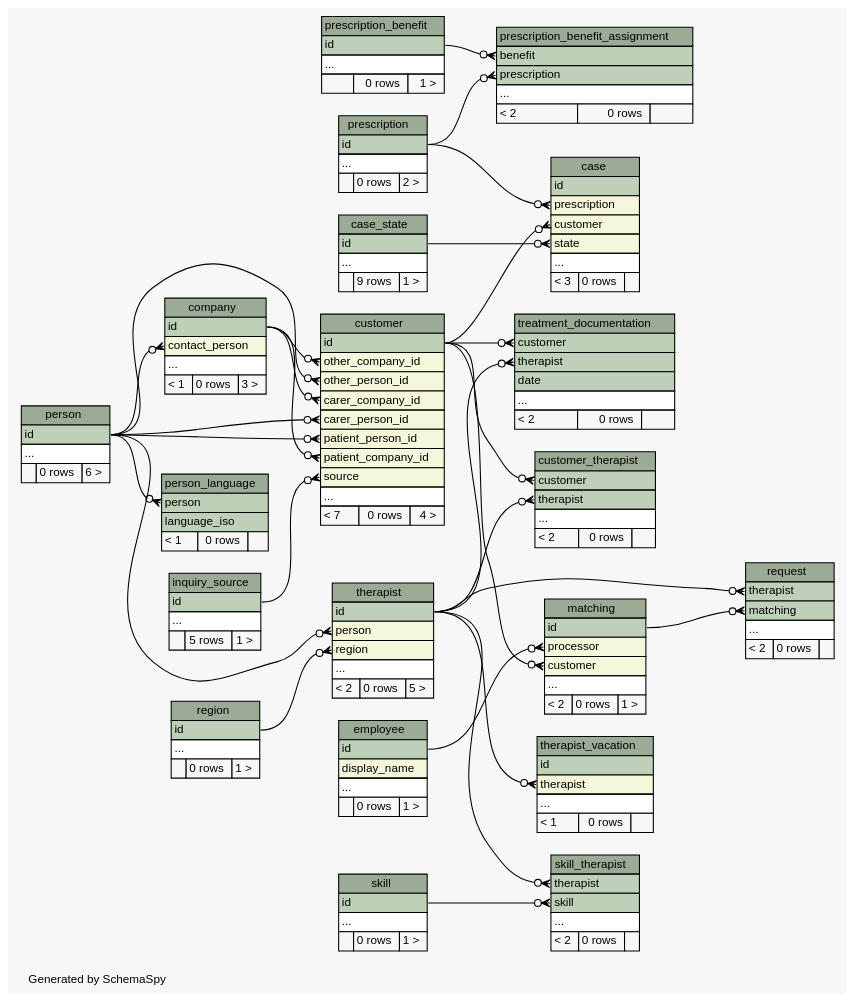
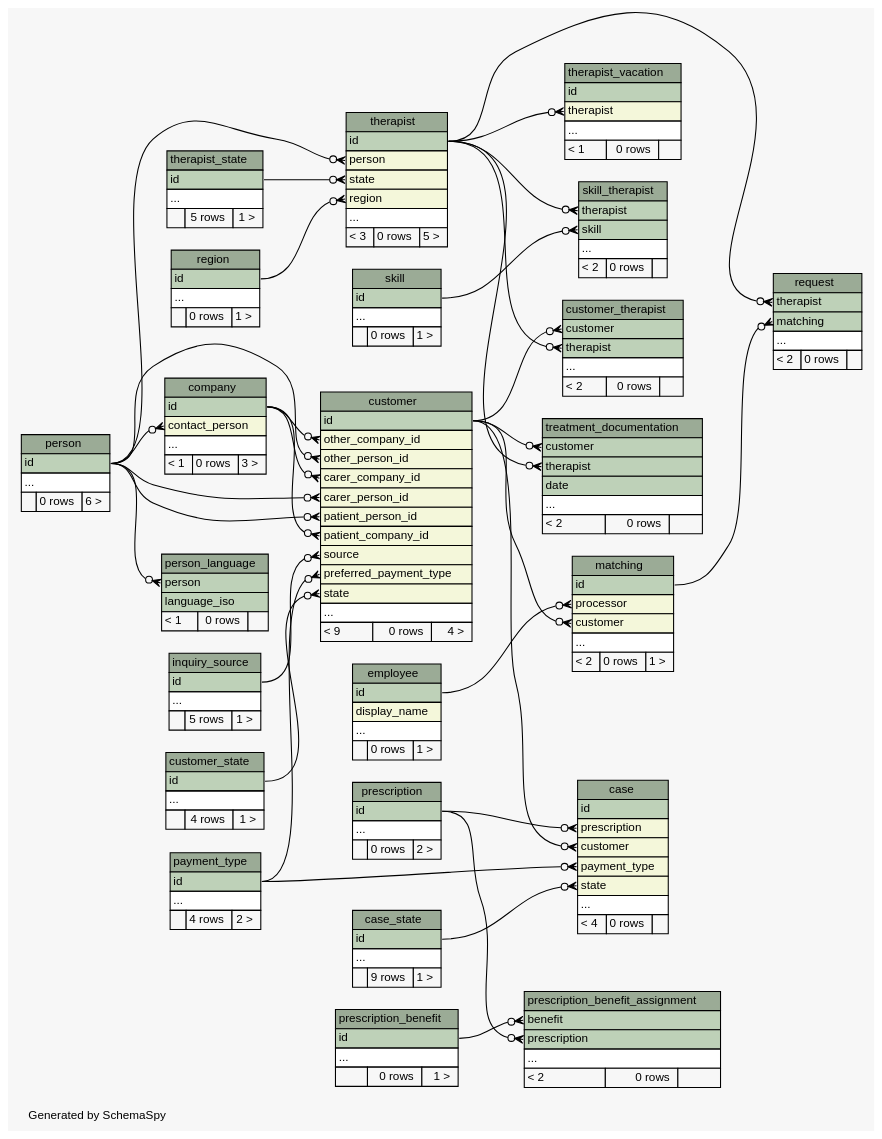
The diagram in diagrams/summary/relationships.real.compact.dot (KaiBMP/KaiBMP.github.io), drawn with Graphviz before and after one commit. The commit also changed 122 other files, not shown here.

Commit message:
schemaspy update

```diff
--- a/diagrams/summary/relationships.real.compact.dot
+++ b/diagrams/summary/relationships.real.compact.dot
@@ -26,9 +26,10 @@
       <TR><TD PORT="id" COLSPAN="3" BGCOLOR="#bed1b8" ALIGN="LEFT">id</TD></TR>
       <TR><TD PORT="prescription" COLSPAN="3" BGCOLOR="#f4f7da" ALIGN="LEFT">prescription</TD></TR>
       <TR><TD PORT="customer" COLSPAN="3" BGCOLOR="#f4f7da" ALIGN="LEFT">customer</TD></TR>
+      <TR><TD PORT="payment_type" COLSPAN="3" BGCOLOR="#f4f7da" ALIGN="LEFT">payment_type</TD></TR>
       <TR><TD PORT="state" COLSPAN="3" BGCOLOR="#f4f7da" ALIGN="LEFT">state</TD></TR>
       <TR><TD PORT="elipses" COLSPAN="3" ALIGN="LEFT">...</TD></TR>
-      <TR><TD ALIGN="LEFT" BGCOLOR="#f7f7f7">&lt; 3</TD><TD ALIGN="RIGHT" BGCOLOR="#f7f7f7">0 rows</TD><TD ALIGN="RIGHT" BGCOLOR="#f7f7f7">  </TD></TR>
+      <TR><TD ALIGN="LEFT" BGCOLOR="#f7f7f7">&lt; 4</TD><TD ALIGN="RIGHT" BGCOLOR="#f7f7f7">0 rows</TD><TD ALIGN="RIGHT" BGCOLOR="#f7f7f7">  </TD></TR>
     </TABLE>>
     URL="tables/case.html"
     tooltip="case"
@@ -68,11 +69,24 @@
       <TR><TD PORT="patient_person_id" COLSPAN="3" BGCOLOR="#f4f7da" ALIGN="LEFT">patient_person_id</TD></TR>
       <TR><TD PORT="patient_company_id" COLSPAN="3" BGCOLOR="#f4f7da" ALIGN="LEFT">patient_company_id</TD></TR>
       <TR><TD PORT="source" COLSPAN="3" BGCOLOR="#f4f7da" ALIGN="LEFT">source</TD></TR>
+      <TR><TD PORT="preferred_payment_type" COLSPAN="3" BGCOLOR="#f4f7da" ALIGN="LEFT">preferred_payment_type</TD></TR>
+      <TR><TD PORT="state" COLSPAN="3" BGCOLOR="#f4f7da" ALIGN="LEFT">state</TD></TR>
       <TR><TD PORT="elipses" COLSPAN="3" ALIGN="LEFT">...</TD></TR>
-      <TR><TD ALIGN="LEFT" BGCOLOR="#f7f7f7">&lt; 7</TD><TD ALIGN="RIGHT" BGCOLOR="#f7f7f7">0 rows</TD><TD ALIGN="RIGHT" BGCOLOR="#f7f7f7">4 &gt;</TD></TR>
+      <TR><TD ALIGN="LEFT" BGCOLOR="#f7f7f7">&lt; 9</TD><TD ALIGN="RIGHT" BGCOLOR="#f7f7f7">0 rows</TD><TD ALIGN="RIGHT" BGCOLOR="#f7f7f7">4 &gt;</TD></TR>
     </TABLE>>
     URL="tables/customer.html"
     tooltip="customer"
+  ];
+  "customer_state" [
+    label=<
+    <TABLE BORDER="0" CELLBORDER="1" CELLSPACING="0" BGCOLOR="#ffffff">
+      <TR><TD COLSPAN="3" BGCOLOR="#9bab96" ALIGN="CENTER">customer_state</TD></TR>
+      <TR><TD PORT="id" COLSPAN="3" BGCOLOR="#bed1b8" ALIGN="LEFT">id</TD></TR>
+      <TR><TD PORT="elipses" COLSPAN="3" ALIGN="LEFT">...</TD></TR>
+      <TR><TD ALIGN="LEFT" BGCOLOR="#f7f7f7">  </TD><TD ALIGN="RIGHT" BGCOLOR="#f7f7f7">4 rows</TD><TD ALIGN="RIGHT" BGCOLOR="#f7f7f7">1 &gt;</TD></TR>
+    </TABLE>>
+    URL="tables/customer_state.html"
+    tooltip="customer_state"
   ];
   "customer_therapist" [
     label=<
@@ -121,6 +135,17 @@
     </TABLE>>
     URL="tables/matching.html"
     tooltip="matching"
+  ];
+  "payment_type" [
+    label=<
+    <TABLE BORDER="0" CELLBORDER="1" CELLSPACING="0" BGCOLOR="#ffffff">
+      <TR><TD COLSPAN="3" BGCOLOR="#9bab96" ALIGN="CENTER">payment_type</TD></TR>
+      <TR><TD PORT="id" COLSPAN="3" BGCOLOR="#bed1b8" ALIGN="LEFT">id</TD></TR>
+      <TR><TD PORT="elipses" COLSPAN="3" ALIGN="LEFT">...</TD></TR>
+      <TR><TD ALIGN="LEFT" BGCOLOR="#f7f7f7">  </TD><TD ALIGN="RIGHT" BGCOLOR="#f7f7f7">4 rows</TD><TD ALIGN="RIGHT" BGCOLOR="#f7f7f7">2 &gt;</TD></TR>
+    </TABLE>>
+    URL="tables/payment_type.html"
+    tooltip="payment_type"
   ];
   "person" [
     label=<
@@ -230,12 +255,24 @@
       <TR><TD COLSPAN="3" BGCOLOR="#9bab96" ALIGN="CENTER">therapist</TD></TR>
       <TR><TD PORT="id" COLSPAN="3" BGCOLOR="#bed1b8" ALIGN="LEFT">id</TD></TR>
       <TR><TD PORT="person" COLSPAN="3" BGCOLOR="#f4f7da" ALIGN="LEFT">person</TD></TR>
+      <TR><TD PORT="state" COLSPAN="3" BGCOLOR="#f4f7da" ALIGN="LEFT">state</TD></TR>
       <TR><TD PORT="region" COLSPAN="3" BGCOLOR="#f4f7da" ALIGN="LEFT">region</TD></TR>
       <TR><TD PORT="elipses" COLSPAN="3" ALIGN="LEFT">...</TD></TR>
-      <TR><TD ALIGN="LEFT" BGCOLOR="#f7f7f7">&lt; 2</TD><TD ALIGN="RIGHT" BGCOLOR="#f7f7f7">0 rows</TD><TD ALIGN="RIGHT" BGCOLOR="#f7f7f7">5 &gt;</TD></TR>
+      <TR><TD ALIGN="LEFT" BGCOLOR="#f7f7f7">&lt; 3</TD><TD ALIGN="RIGHT" BGCOLOR="#f7f7f7">0 rows</TD><TD ALIGN="RIGHT" BGCOLOR="#f7f7f7">5 &gt;</TD></TR>
     </TABLE>>
     URL="tables/therapist.html"
     tooltip="therapist"
+  ];
+  "therapist_state" [
+    label=<
+    <TABLE BORDER="0" CELLBORDER="1" CELLSPACING="0" BGCOLOR="#ffffff">
+      <TR><TD COLSPAN="3" BGCOLOR="#9bab96" ALIGN="CENTER">therapist_state</TD></TR>
+      <TR><TD PORT="id" COLSPAN="3" BGCOLOR="#bed1b8" ALIGN="LEFT">id</TD></TR>
+      <TR><TD PORT="elipses" COLSPAN="3" ALIGN="LEFT">...</TD></TR>
+      <TR><TD ALIGN="LEFT" BGCOLOR="#f7f7f7">  </TD><TD ALIGN="RIGHT" BGCOLOR="#f7f7f7">5 rows</TD><TD ALIGN="RIGHT" BGCOLOR="#f7f7f7">1 &gt;</TD></TR>
+    </TABLE>>
+    URL="tables/therapist_state.html"
+    tooltip="therapist_state"
   ];
   "therapist_vacation" [
     label=<
@@ -263,6 +300,7 @@
     tooltip="treatment_documentation"
   ];
   "case":"customer":w -> "customer":"id":e [arrowhead=none dir=back arrowtail=crowodot];
+  "case":"payment_type":w -> "payment_type":"id":e [arrowhead=none dir=back arrowtail=crowodot];
   "case":"prescription":w -> "prescription":"id":e [arrowhead=none dir=back arrowtail=crowodot];
   "case":"state":w -> "case_state":"id":e [arrowhead=none dir=back arrowtail=crowodot];
   "company":"contact_person":w -> "person":"id":e [arrowhead=none dir=back arrowtail=crowodot];
@@ -272,7 +310,9 @@
   "customer":"other_person_id":w -> "person":"id":e [arrowhead=none dir=back arrowtail=crowodot];
   "customer":"patient_company_id":w -> "company":"id":e [arrowhead=none dir=back arrowtail=crowodot];
   "customer":"patient_person_id":w -> "person":"id":e [arrowhead=none dir=back arrowtail=crowodot];
+  "customer":"preferred_payment_type":w -> "payment_type":"id":e [arrowhead=none dir=back arrowtail=crowodot];
   "customer":"source":w -> "inquiry_source":"id":e [arrowhead=none dir=back arrowtail=crowodot];
+  "customer":"state":w -> "customer_state":"id":e [arrowhead=none dir=back arrowtail=crowodot];
   "customer_therapist":"customer":w -> "customer":"id":e [arrowhead=none dir=back arrowtail=crowodot];
   "customer_therapist":"therapist":w -> "therapist":"id":e [arrowhead=none dir=back arrowtail=crowodot];
   "matching":"customer":w -> "customer":"id":e [arrowhead=none dir=back arrowtail=crowodot];
@@ -286,6 +326,7 @@
   "skill_therapist":"therapist":w -> "therapist":"id":e [arrowhead=none dir=back arrowtail=crowodot];
   "therapist":"person":w -> "person":"id":e [arrowhead=none dir=back arrowtail=crowodot];
   "therapist":"region":w -> "region":"id":e [arrowhead=none dir=back arrowtail=crowodot];
+  "therapist":"state":w -> "therapist_state":"id":e [arrowhead=none dir=back arrowtail=crowodot];
   "therapist_vacation":"therapist":w -> "therapist":"id":e [arrowhead=none dir=back arrowtail=crowodot];
   "treatment_documentation":"customer":w -> "customer":"id":e [arrowhead=none dir=back arrowtail=crowodot];
   "treatment_documentation":"therapist":w -> "therapist":"id":e [arrowhead=none dir=back arrowtail=crowodot];
```
